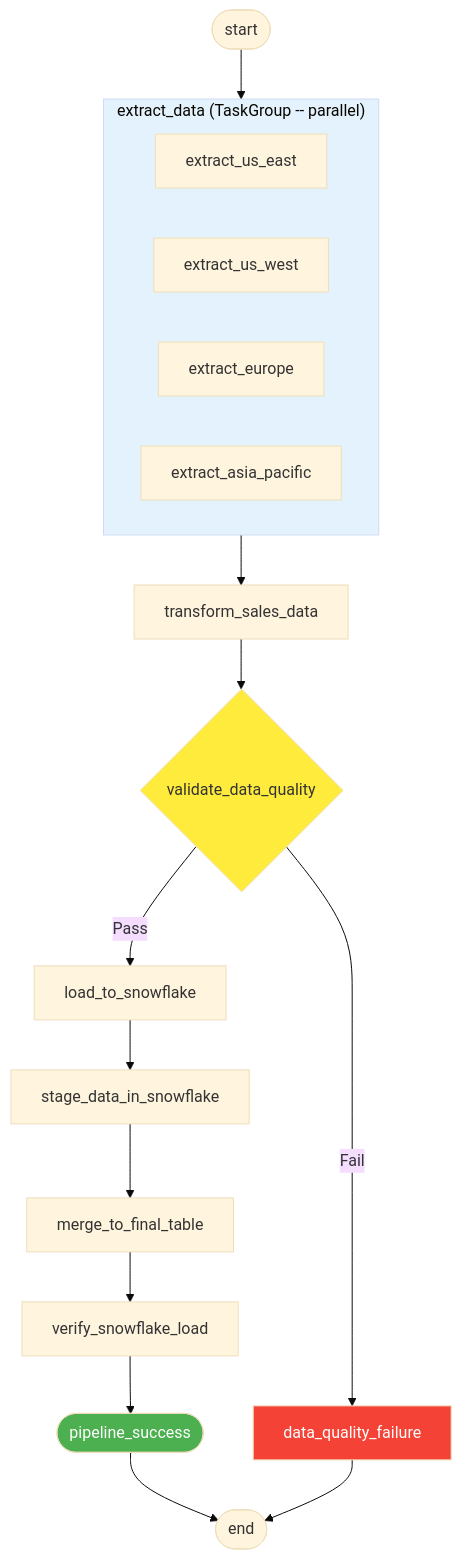
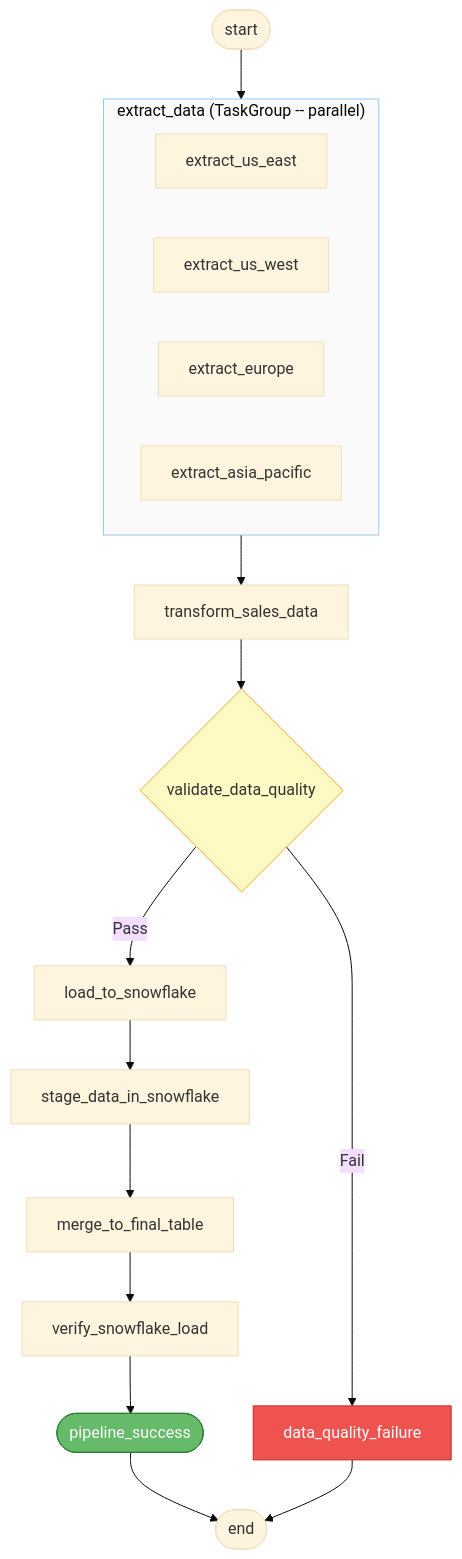
One commit to greenwichg/airflow_etl_pipeline changed the fifth of 7 diagrams in README.md. Above: the diagram before and after it, drawn with Mermaid (base theme). The commit also changed other lines of this file, not shown here.

First line of the commit message:
fix: tone down Mermaid diagram background colors for readability

````diff
--- a/README.md
+++ b/README.md
@@ -360,30 +360,30 @@
 ```mermaid
 graph TD
     START(["start"]) --> TG
 
     subgraph TG["extract_data (TaskGroup -- parallel)"]
         E1["extract_us_east"]
         E2["extract_us_west"]
         E3["extract_europe"]
         E4["extract_asia_pacific"]
     end
 
     TG --> TRANSFORM["transform_sales_data"]
     TRANSFORM --> VALIDATE{"validate_data_quality"}
 
     VALIDATE -->|Pass| LOAD["load_to_snowflake"]
     VALIDATE -->|Fail| FAIL["data_quality_failure"]
 
     LOAD --> STAGE["stage_data_in_snowflake"]
     STAGE --> MERGE["merge_to_final_table"]
     MERGE --> VERIFY["verify_snowflake_load"]
     VERIFY --> SUCCESS(["pipeline_success"])
 
     SUCCESS --> END(["end"])
     FAIL --> END
 
-    style TG fill:#e3f2fd
-    style VALIDATE fill:#ffeb3b
-    style SUCCESS fill:#4caf50,color:#fff
-    style FAIL fill:#f44336,color:#fff
+    style TG fill:#fafafa,stroke:#90caf9
+    style VALIDATE fill:#fff9c4,stroke:#f9a825
+    style SUCCESS fill:#66bb6a,color:#fff,stroke:#2e7d32
+    style FAIL fill:#ef5350,color:#fff,stroke:#c62828
 ```
````
